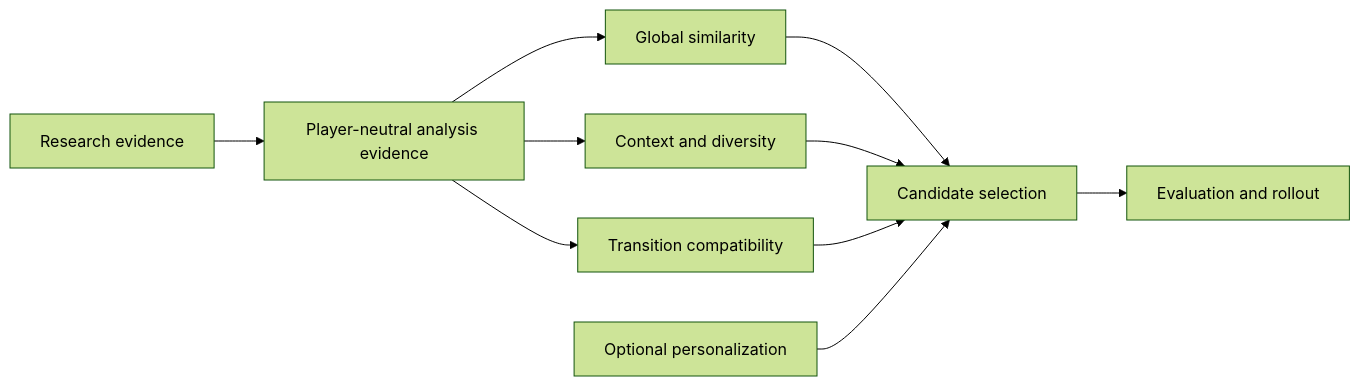
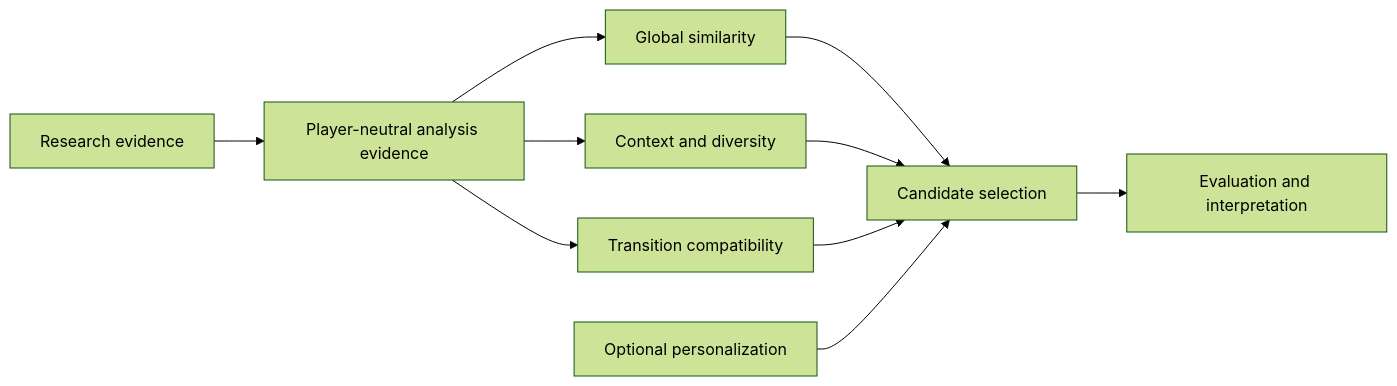
One commit to chrober/bliss-similarity-design changed the diagram in docs/index.md. Above: the diagram before and after it, drawn with Mermaid (forest theme). The commit also changed other lines of this file and 1 other file, not shown here.

````diff
--- a/docs/index.md
+++ b/docs/index.md
@@ -53,12 +52,12 @@
 ```mermaid
 flowchart LR
     R[Research evidence] --> A[Player-neutral analysis evidence]
     A --> G[Global similarity]
     A --> C[Context and diversity]
     A --> T[Transition compatibility]
     G --> S[Candidate selection]
     C --> S
     T --> S
     P[Optional personalization] --> S
-    S --> E[Evaluation and rollout]
+    S --> E[Evaluation and interpretation]
 ```
````
